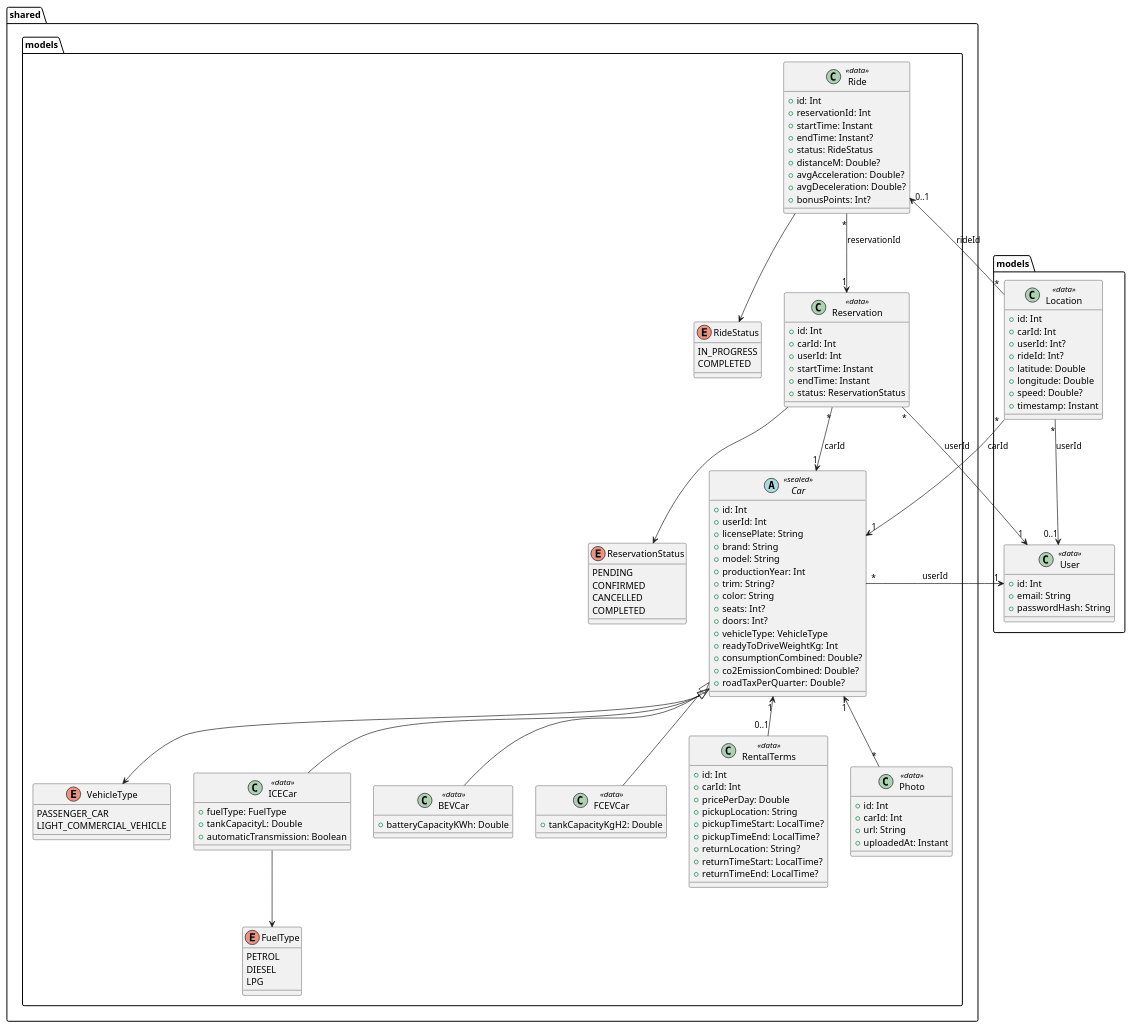
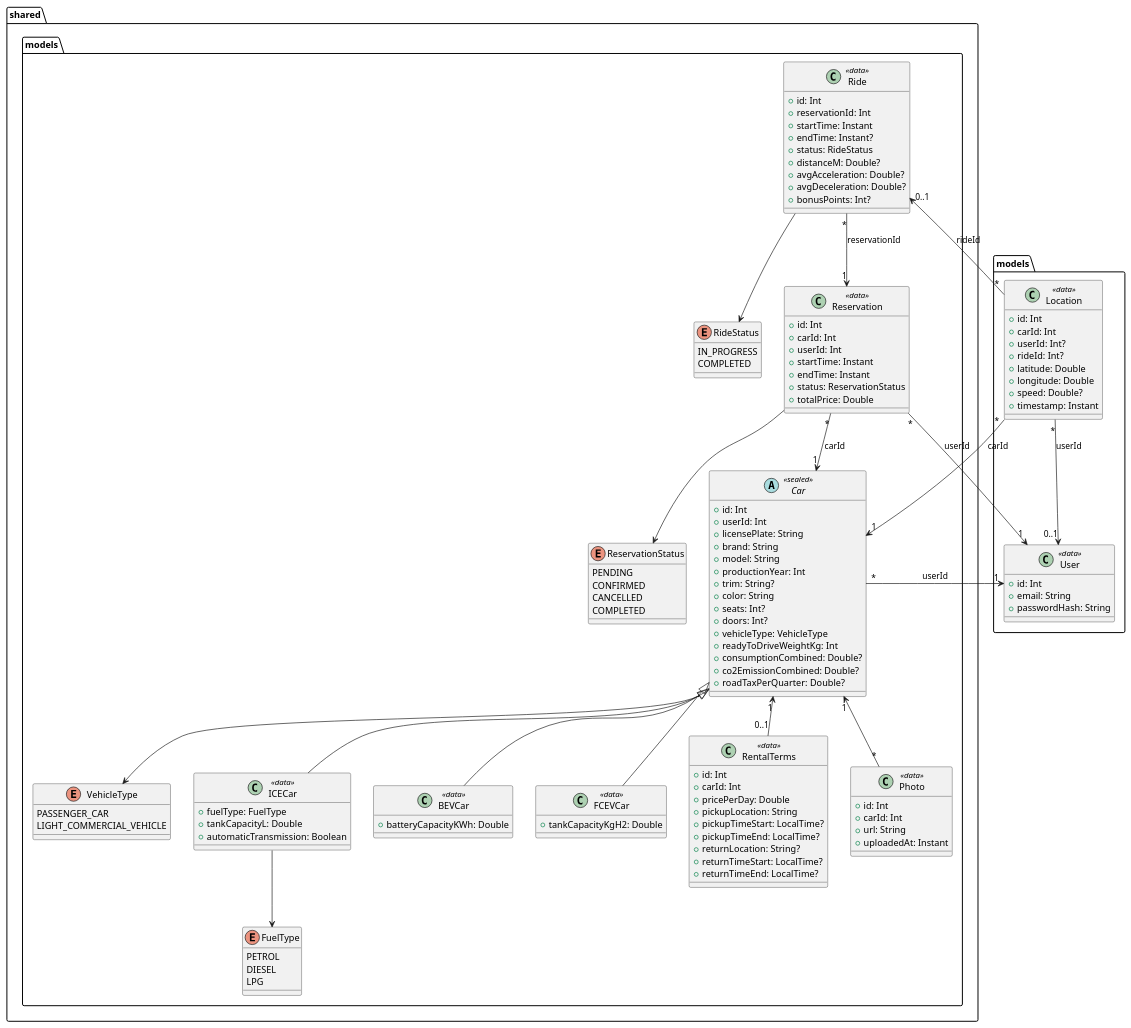
Before and after one commit to MarkPrins18/hbo-leerjaar2: the diagram in diagrams/models/CarDataModel.puml, drawn with PlantUML. The commit also changed 17 other files, not shown here.

```diff
--- a/diagrams/models/CarDataModel.puml
+++ b/diagrams/models/CarDataModel.puml
@@ -1,141 +1,142 @@
 @startuml CarDataModel
 
 package shared.models {
 
     enum FuelType {
         PETROL
         DIESEL
         LPG
     }
 
     enum VehicleType {
         PASSENGER_CAR
         LIGHT_COMMERCIAL_VEHICLE
     }
 
     abstract class Car <<sealed>> {
         +id: Int
         +userId: Int
         +licensePlate: String
         +brand: String
         +model: String
         +productionYear: Int
         +trim: String?
         +color: String
         +seats: Int?
         +doors: Int?
         +vehicleType: VehicleType
         +readyToDriveWeightKg: Int
         +consumptionCombined: Double?
         +co2EmissionCombined: Double?
         +roadTaxPerQuarter: Double?
     }
 
     class ICECar <<data>> {
         +fuelType: FuelType
         +tankCapacityL: Double
         +automaticTransmission: Boolean
     }
 
     class BEVCar <<data>> {
         +batteryCapacityKWh: Double
     }
 
     class FCEVCar <<data>> {
         +tankCapacityKgH2: Double
     }
 
     class RentalTerms <<data>> {
         +id: Int
         +carId: Int
         +pricePerDay: Double
         +pickupLocation: String
         +pickupTimeStart: LocalTime?
         +pickupTimeEnd: LocalTime?
         +returnLocation: String?
         +returnTimeStart: LocalTime?
         +returnTimeEnd: LocalTime?
     }
 
     class Photo <<data>> {
         +id: Int
         +carId: Int
         +url: String
         +uploadedAt: Instant
     }
 
     Car "1" <-- "0..1" RentalTerms
     Car "1" <-- "*" Photo
 
     Car <|-- ICECar
     Car <|-- BEVCar
     Car <|-- FCEVCar
 
     enum ReservationStatus {
         PENDING
         CONFIRMED
         CANCELLED
         COMPLETED
     }
 
     enum RideStatus {
         IN_PROGRESS
         COMPLETED
     }
 
     class Reservation <<data>> {
         +id: Int
         +carId: Int
         +userId: Int
         +startTime: Instant
         +endTime: Instant
         +status: ReservationStatus
+        +totalPrice: Double
     }
 
     class Ride <<data>> {
         +id: Int
         +reservationId: Int
         +startTime: Instant
         +endTime: Instant?
         +status: RideStatus
         +distanceM: Double?
         +avgAcceleration: Double?
         +avgDeceleration: Double?
         +bonusPoints: Int?
     }
 }
 
 package models {
 
     class User <<data>> {
         +id: Int
         +email: String
         +passwordHash: String
     }
 
     class Location <<data>> {
         +id: Int
         +carId: Int
         +userId: Int?
         +rideId: Int?
         +latitude: Double
         +longitude: Double
         +speed: Double?
         +timestamp: Instant
     }
 }
 
 Car --> VehicleType
 ICECar --> FuelType
 
 Reservation --> ReservationStatus
 Ride --> RideStatus
 Car "*" --> "1" User : userId
 Reservation "*" --> "1" User : userId
 Reservation "*" --> "1" Car : carId
 Ride "*" --> "1" Reservation : reservationId
 Location "*" --> "1" Car : carId
 Location "*" --> "0..1" User : userId
 Location "*" --> "0..1" Ride : rideId
 
 @enduml
```
